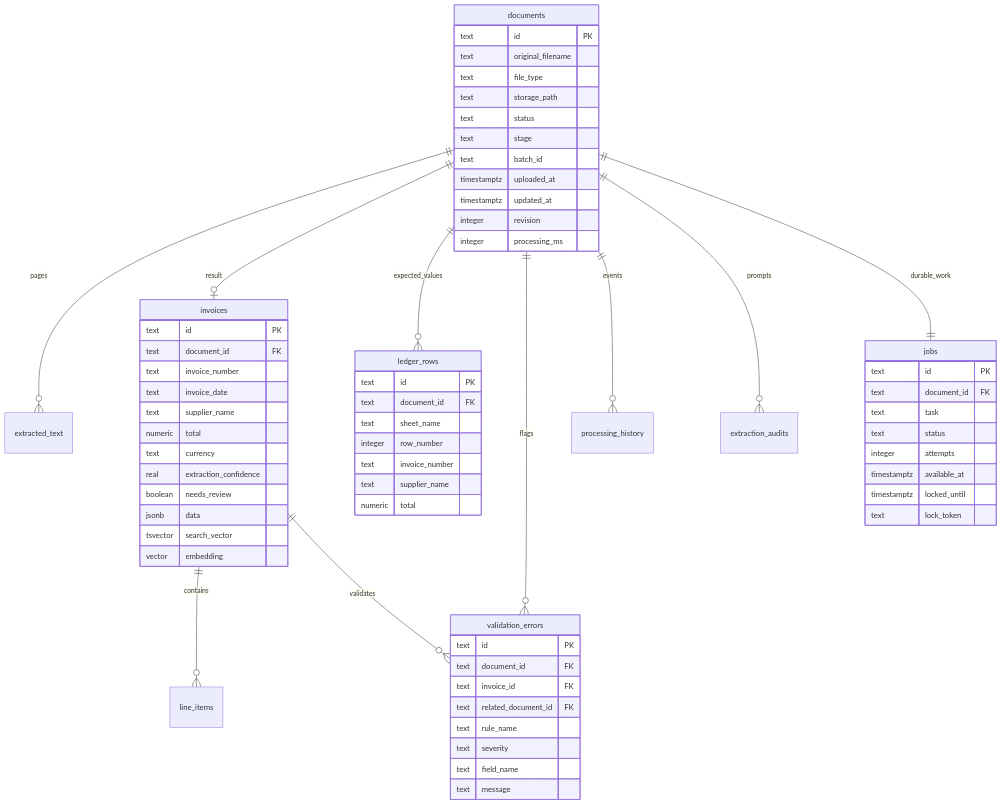
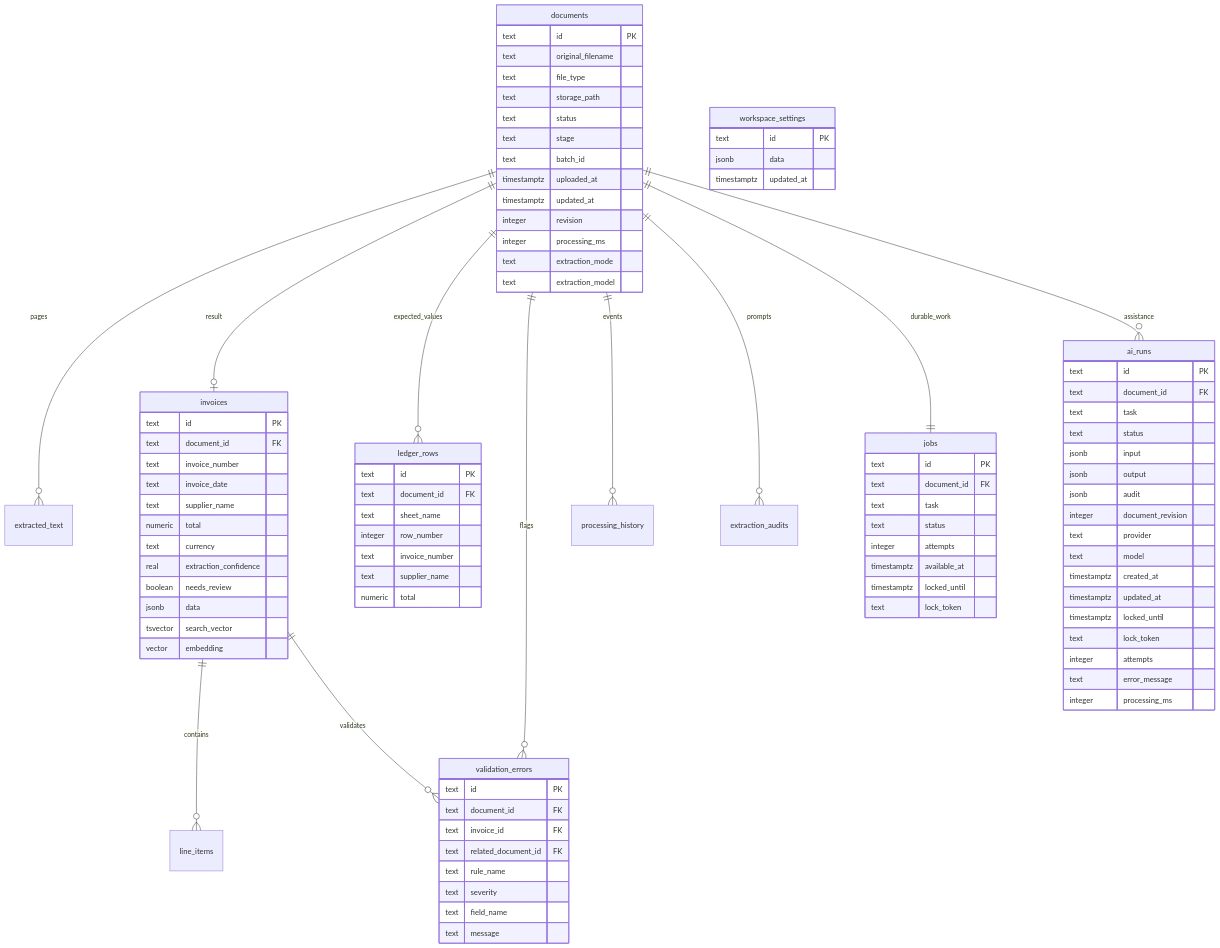
The diagram in docs/schema.md (shariful707/Senior_AI_Engineer), drawn with Mermaid before and after one commit. The commit also changed other lines of this file and 36 other files, not shown here.

Commit message:
Add verified local Ollama extraction and document assistant

````diff
--- a/docs/schema.md
+++ b/docs/schema.md
@@ -11,6 +11,7 @@
     documents ||--o{ processing_history : events
     documents ||--o{ extraction_audits : prompts
     documents ||--|| jobs : durable_work
+    documents ||--o{ ai_runs : assistance
     documents {
         text id PK
         text original_filename
@@ -23,6 +24,8 @@
         timestamptz updated_at
         integer revision
         integer processing_ms
+        text extraction_mode
+        text extraction_model
     }
     invoices {
         text id PK
@@ -67,4 +70,28 @@
         timestamptz locked_until
         text lock_token
     }
+    workspace_settings {
+        text id PK
+        jsonb data
+        timestamptz updated_at
+    }
+    ai_runs {
+        text id PK
+        text document_id FK
+        text task
+        text status
+        jsonb input
+        jsonb output
+        jsonb audit
+        integer document_revision
+        text provider
+        text model
+        timestamptz created_at
+        timestamptz updated_at
+        timestamptz locked_until
+        text lock_token
+        integer attempts
+        text error_message
+        integer processing_ms
+    }
 ```
````
